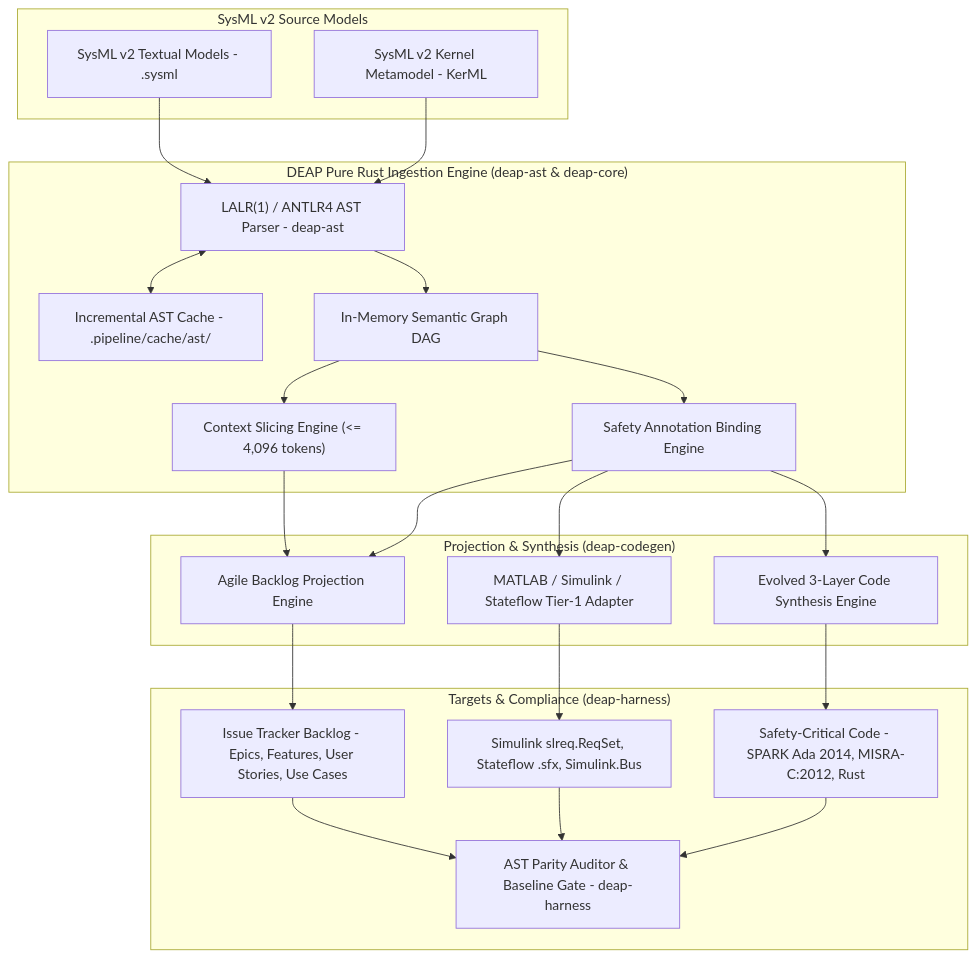
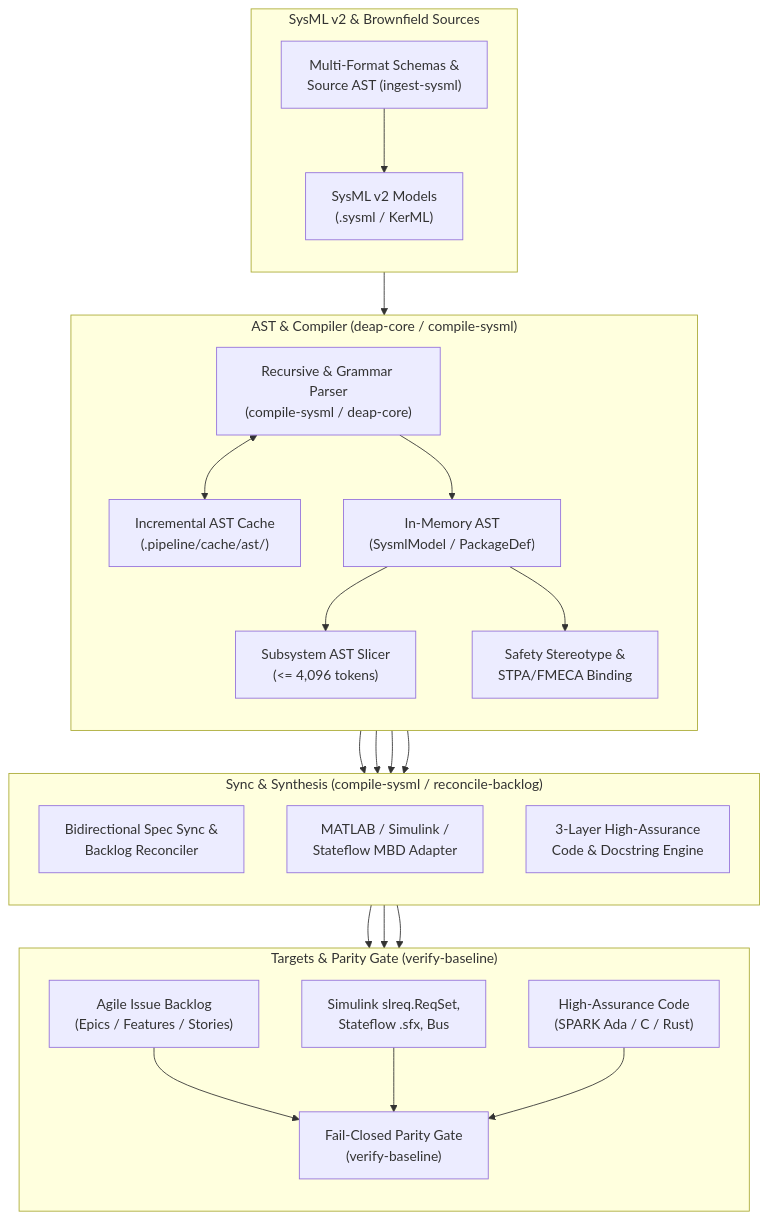
Before and after one commit to gintatkinson/DEAP01-spec-core: the first of 8 diagrams in docs/architecture/blueprints/DEAP_SYSML_V2_INGESTION_ENGINE_BLUEPRINT.md, drawn with Mermaid. The commit also changed other lines of this file and 28 other files, not shown here.

Commit message:
feat(verify-baseline,deap-core,compile-sysml): implement Option C blueprint capabilities and Check 37 blueprint grounding gate

````diff
--- a/docs/architecture/blueprints/DEAP_SYSML_V2_INGESTION_ENGINE_BLUEPRINT.md
+++ b/docs/architecture/blueprints/DEAP_SYSML_V2_INGESTION_ENGINE_BLUEPRINT.md
@@ -21,45 +21,49 @@
 ```mermaid
 flowchart TD
-    subgraph "SysML v2 Source Models"
-        SysML_Text["SysML v2 Textual Models - .sysml"]
-        SysML_Graph["SysML v2 Kernel Metamodel - KerML"]
+    subgraph SrcModels ["SysML v2 & Brownfield Sources"]
+        direction TB
+        SysML_Text["SysML v2 Models<br/>(.sysml / KerML)"]
+        Brownfield_Src["Multi-Format Schemas &<br/>Source AST (ingest-sysml)"]
     end
 
-    subgraph "DEAP Pure Rust Ingestion Engine (deap-ast & deap-core)"
-        AST_Parser["LALR(1) / ANTLR4 AST Parser - deap-ast"]
-        AST_Cache["Incremental AST Cache - .pipeline/cache/ast/"]
-        Semantic_DAG["In-Memory Semantic Graph DAG"]
-        AST_Slicer["Context Slicing Engine (<= 4,096 tokens)"]
-        Safety_Annotation["Safety Annotation Binding Engine"]
+    subgraph CoreEngine ["AST & Compiler (deap-core / compile-sysml)"]
+        direction TB
+        AST_Parser["Recursive & Grammar Parser<br/>(compile-sysml / deap-core)"]
+        AST_Cache["Incremental AST Cache<br/>(.pipeline/cache/ast/)"]
+        Semantic_AST["In-Memory AST<br/>(SysmlModel / PackageDef)"]
+        AST_Slicer["Subsystem AST Slicer<br/>(<= 4,096 tokens)"]
+        Safety_Bind["Safety Stereotype &<br/>STPA/FMECA Binding"]
     end
 
-    subgraph "Projection & Synthesis (deap-codegen)"
-        Backlog_Engine["Agile Backlog Projection Engine"]
-        MATLAB_Adapter["MATLAB / Simulink / Stateflow Tier-1 Adapter"]
-        Code_Synthesis["Evolved 3-Layer Code Synthesis Engine"]
+    subgraph SynthesisEngine ["Sync & Synthesis (compile-sysml / reconcile-backlog)"]
+        direction TB
+        Backlog_Sync["Bidirectional Spec Sync &<br/>Backlog Reconciler"]
+        MATLAB_Adapter["MATLAB / Simulink /<br/>Stateflow MBD Adapter"]
+        Code_Synthesis["3-Layer High-Assurance<br/>Code & Docstring Engine"]
     end
 
-    subgraph "Targets & Compliance (deap-harness)"
-        Tracker["Issue Tracker Backlog - Epics, Features, User Stories, Use Cases"]
-        MBD_Artifacts["Simulink slreq.ReqSet, Stateflow .sfx, Simulink.Bus"]
-        Safety_Code["Safety-Critical Code - SPARK Ada 2014, MISRA-C:2012, Rust"]
-        Parity_Gate["AST Parity Auditor & Baseline Gate - deap-harness"]
+    subgraph VerificationGate ["Targets & Parity Gate (verify-baseline)"]
+        direction TB
+        Tracker["Agile Issue Backlog<br/>(Epics / Features / Stories)"]
+        MBD_Artifacts["Simulink slreq.ReqSet,<br/>Stateflow .sfx, Bus"]
+        Safety_Code["High-Assurance Code<br/>(SPARK Ada / C / Rust)"]
+        Parity_Gate["Fail-Closed Parity Gate<br/>(verify-baseline)"]
     end
 
+    Brownfield_Src --> SysML_Text
     SysML_Text --> AST_Parser
-    SysML_Graph --> AST_Parser
     AST_Parser <--> AST_Cache
-    AST_Parser --> Semantic_DAG
-    Semantic_DAG --> AST_Slicer
-    Semantic_DAG --> Safety_Annotation
-    AST_Slicer --> Backlog_Engine
-    Safety_Annotation --> Backlog_Engine
-    Safety_Annotation --> MATLAB_Adapter
-    Safety_Annotation --> Code_Synthesis
-    Backlog_Engine --> Tracker
+    AST_Parser --> Semantic_AST
+    Semantic_AST --> AST_Slicer
+    Semantic_AST --> Safety_Bind
+    AST_Slicer --> Backlog_Sync
+    Safety_Bind --> Backlog_Sync
+    Safety_Bind --> MATLAB_Adapter
+    Safety_Bind --> Code_Synthesis
+    Backlog_Sync --> Tracker
     MATLAB_Adapter --> MBD_Artifacts
     Code_Synthesis --> Safety_Code
     Tracker --> Parity_Gate
     MBD_Artifacts --> Parity_Gate
     Safety_Code --> Parity_Gate
 ```
````
